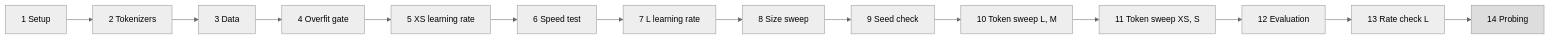
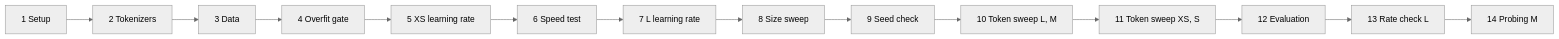
Before and after one commit to AshishSinha5/chess-lm: the diagram in results/EXPERIMENT_LOG.md, drawn with Mermaid (neutral theme). The commit also changed other lines of this file and 9 other files, not shown here.

````diff
--- a/results/EXPERIMENT_LOG.md
+++ b/results/EXPERIMENT_LOG.md
@@ -7,17 +7,16 @@
 ```mermaid
 flowchart LR
   A[1 Setup] --> B[2 Tokenizers]
   B --> C[3 Data]
   C --> D[4 Overfit gate]
   D --> E[5 XS learning rate]
   E --> F[6 Speed test]
   F --> G[7 L learning rate]
   G --> H[8 Size sweep]
   H --> S[9 Seed check]
   S --> I[10 Token sweep L, M]
   I --> T[11 Token sweep XS, S]
   T --> J[12 Evaluation]
   J --> R[13 Rate check L]
-  R --> K[14 Probing]
-  style K fill:#ddd
+  R --> K[14 Probing M]
 ```
````
